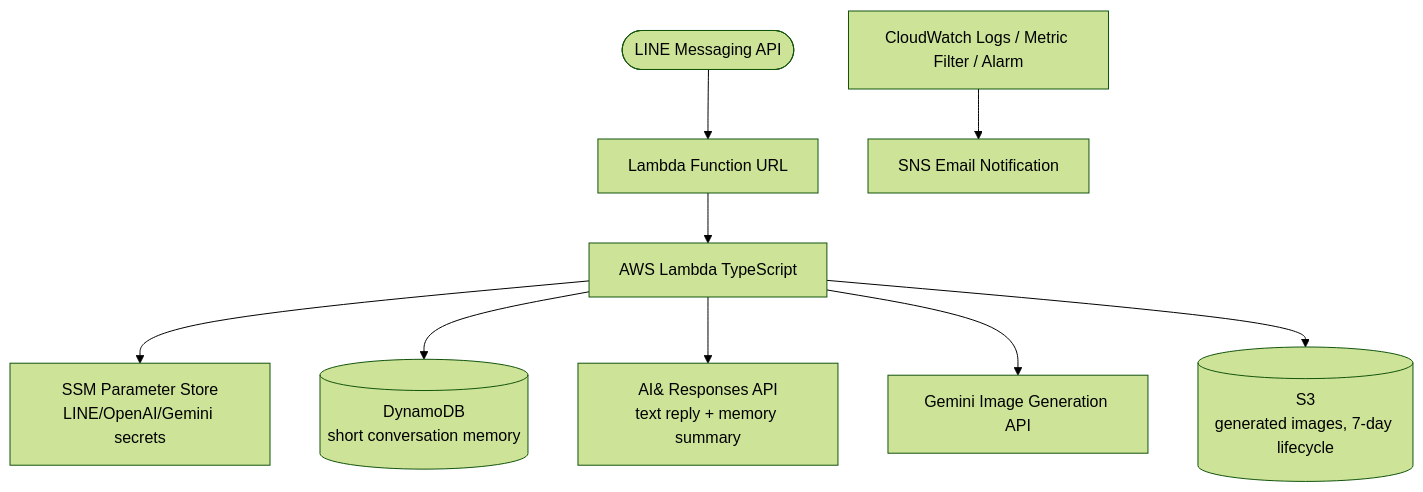
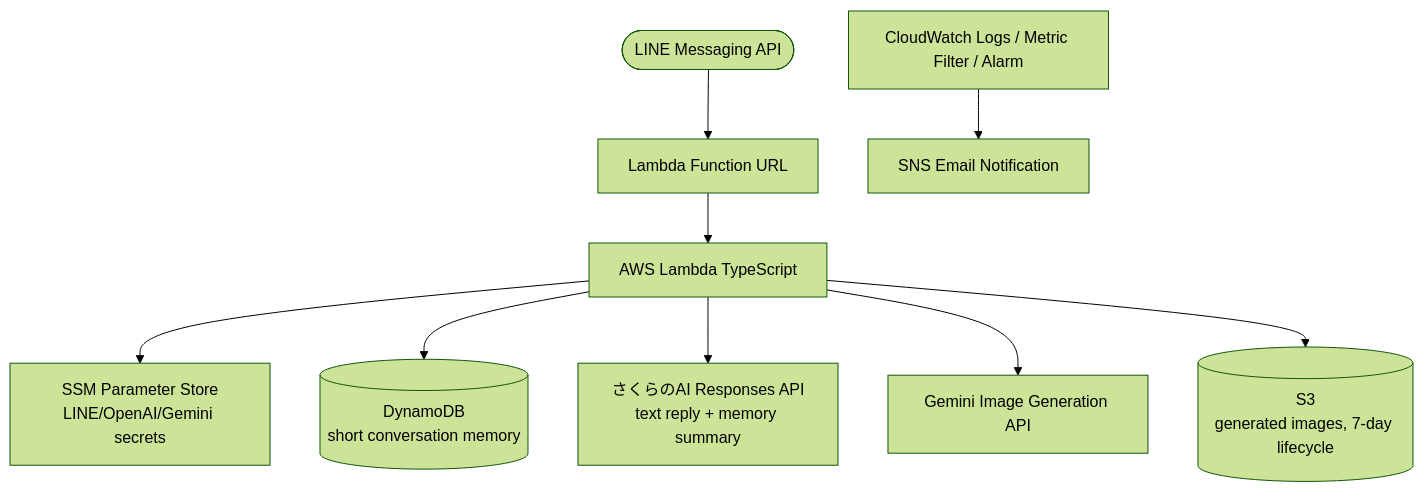
Before and after one commit to TORIFUKUKaiou/line-bot-cdk: the diagram in README.md, drawn with Mermaid (forest theme). The commit also changed other lines of this file and 7 other files, not shown here.

First line of the commit message:
feat: migrate text generation API from AI& to Sakura AI

````diff
--- a/README.md
+++ b/README.md
@@ -9,13 +9,13 @@
 ```mermaid
 flowchart TD
     LINE([LINE Messaging API]) --> LFU[Lambda Function URL]
     LFU --> Lambda[AWS Lambda TypeScript]
 
     Lambda --> SSM[SSM Parameter Store<br/>LINE/OpenAI/Gemini secrets]
     Lambda --> DynamoDB[(DynamoDB<br/>short conversation memory)]
-    Lambda --> AIAND[AI&amp; Responses API<br/>text reply + memory summary]
+    Lambda --> AIAND[さくらのAI Responses API<br/>text reply + memory summary]
     Lambda --> Gemini[Gemini Image Generation API]
     Lambda --> S3[(S3<br/>generated images, 7-day lifecycle)]
 
     CW[CloudWatch Logs / Metric Filter / Alarm] --> SNS[SNS Email Notification]
 ```
````
